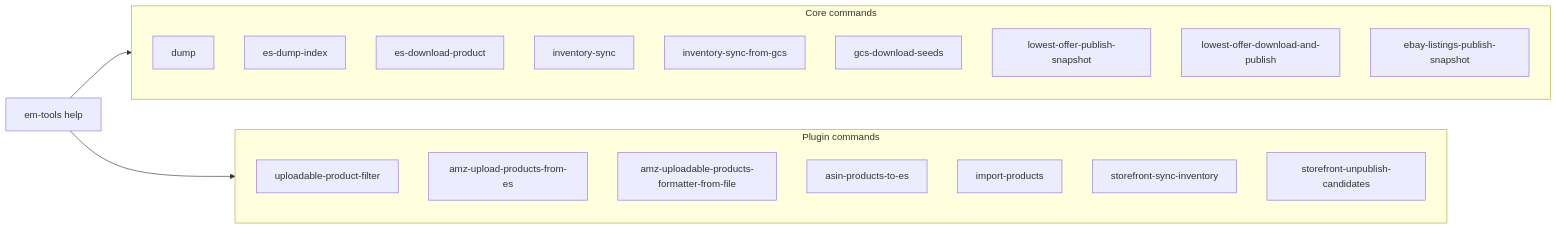
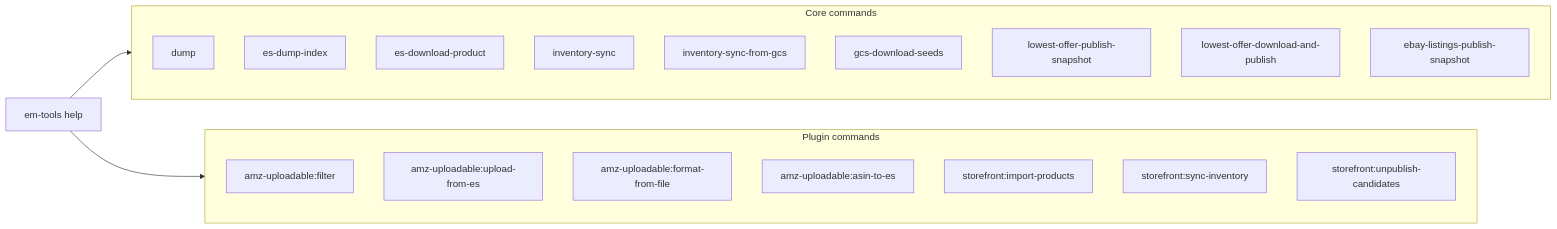
The diagram in docs/CLI.md (AriseshineSky/em-tools), drawn with Mermaid before and after one commit. The commit also changed other lines of this file and 25 other files, not shown here.

````diff
--- a/docs/CLI.md
+++ b/docs/CLI.md
@@ -47,27 +47,27 @@
 ```mermaid
 flowchart LR
     Help[em-tools help] --> CoreGroup
     Help --> PluginGroup
 
     subgraph CoreGroup [Core commands]
         D[dump]
         EsDump[es-dump-index]
         EsDownload[es-download-product]
         InvSync[inventory-sync]
         InvSyncOne[inventory-sync-from-gcs]
         Gcs[gcs-download-seeds]
         LowPub[lowest-offer-publish-snapshot]
         LowDl[lowest-offer-download-and-publish]
         EbayPub[ebay-listings-publish-snapshot]
     end
 
     subgraph PluginGroup [Plugin commands]
-        UPF[uploadable-product-filter]
-        AmzUpload[amz-upload-products-from-es]
-        AmzFmt[amz-uploadable-products-formatter-from-file]
-        Asin[asin-products-to-es]
-        Import[import-products]
-        SfSync[storefront-sync-inventory]
-        SfUnpub[storefront-unpublish-candidates]
+        UPF[amz-uploadable:filter]
+        AmzUpload[amz-uploadable:upload-from-es]
+        AmzFmt[amz-uploadable:format-from-file]
+        Asin[amz-uploadable:asin-to-es]
+        Import[storefront:import-products]
+        SfSync[storefront:sync-inventory]
+        SfUnpub[storefront:unpublish-candidates]
     end
 ```
````
